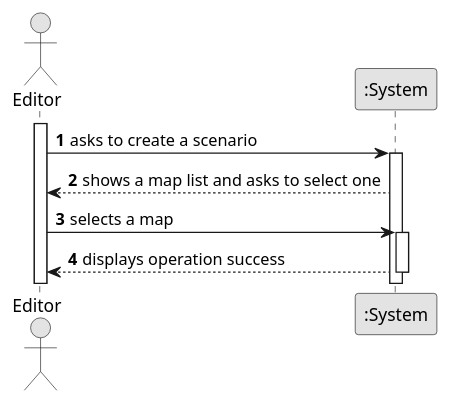
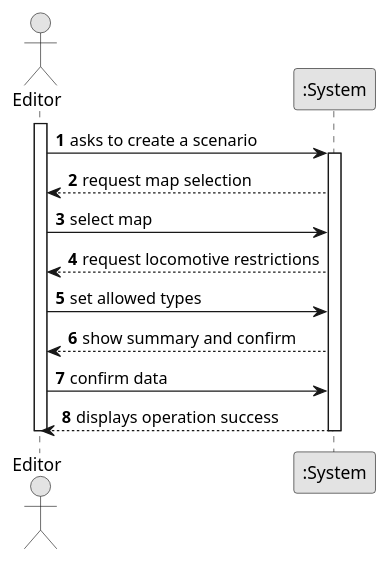
Before and after one commit to bruno-monteiro5/sem2-pi-24.25-g132-repo: the diagram in docs/system-documentation/US004/01.requirements-engineering/puml/US004-SSD.puml, drawn with PlantUML. The commit also changed 7 other files, not shown here.

```diff
--- a/docs/system-documentation/US004/01.requirements-engineering/puml/US004-SSD.puml
+++ b/docs/system-documentation/US004/01.requirements-engineering/puml/US004-SSD.puml
@@ -1,23 +1,28 @@
 @startuml
 skinparam monochrome true
 skinparam packageStyle rectangle
 skinparam shadowing false
 
 autonumber
 
-actor "Editor" as Employee
+actor "Editor" as Editor
 participant ":System" as System
 
-activate Employee
+activate Editor
 
-    Employee -> System : asks to create a scenario
-    activate System
+Editor -> System : asks to create a scenario
+activate System
 
-        System --> Employee : shows a map list and asks to select one
+    System --> Editor : request map selection
+    Editor -> System : select map
 
-        Employee -> System : selects a map
-        activate System
+    System --> Editor : request locomotive restrictions
+    Editor -> System : set allowed types
 
-        System --> Employee : displays operation success
-    deactivate System
+    System --> Editor : show summary and confirm
+    Editor -> System : confirm data
+
+    System --> Editor :displays operation success
+deactivate System
+deactivate Editor
 @enduml
```
